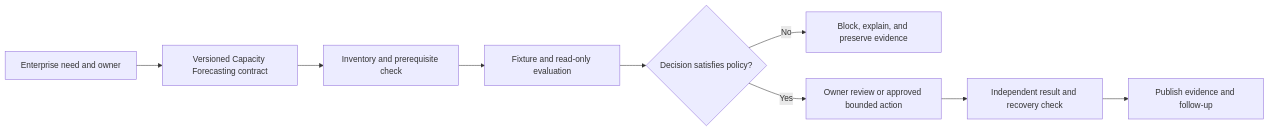
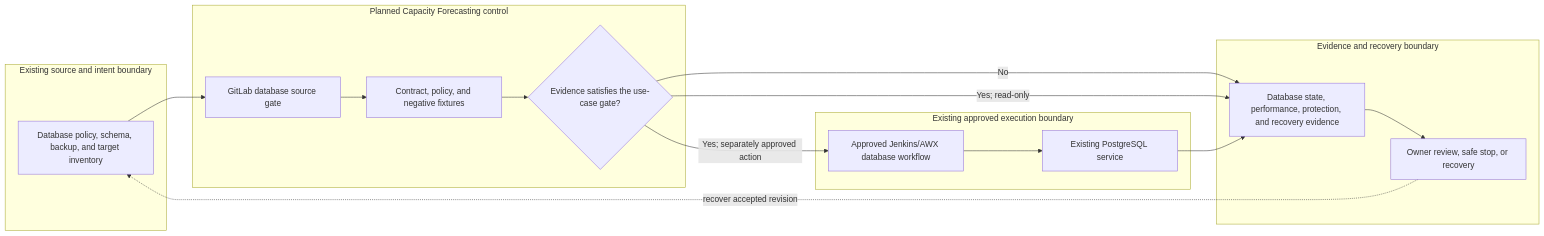
The diagram in docs/use-cases/database/UC-DB-014-capacity-forecasting.md (MIDHTECH/enterprise-architecture-docs), drawn with Mermaid before and after one commit. The commit also changed other lines of this file and 227 other files, not shown here.

Commit message:
Deepen architecture for all use case designs

````diff
--- a/docs/use-cases/database/UC-DB-014-capacity-forecasting.md
+++ b/docs/use-cases/database/UC-DB-014-capacity-forecasting.md
@@ -136,11 +129,25 @@
 ```mermaid
 flowchart LR
-    Need["Enterprise need and owner"] --> Contract["Versioned Capacity Forecasting contract"]
-    Contract --> Preflight["Inventory and prerequisite check"]
-    Preflight --> Evaluate["Fixture and read-only evaluation"]
-    Evaluate --> Decision{"Decision satisfies policy?"}
-    Decision -->|No| Stop["Block, explain, and preserve evidence"]
-    Decision -->|Yes| Review["Owner review or approved bounded action"]
-    Review --> Verify["Independent result and recovery check"]
-    Verify --> Publish["Publish evidence and follow-up"]
+    subgraph Source["Existing source and intent boundary"]
+        A["Database policy, schema, backup, and target inventory"]
+    end
+    subgraph Planned["Planned Capacity Forecasting control"]
+        B["GitLab database source gate"]
+        C["Contract, policy, and negative fixtures"]
+        D{"Evidence satisfies the use-case gate?"}
+    end
+    subgraph Runtime["Existing approved execution boundary"]
+        E["Approved Jenkins/AWX database workflow"]
+        F["Existing PostgreSQL service"]
+    end
+    subgraph Assurance["Evidence and recovery boundary"]
+        G["Database state, performance, protection, and recovery evidence"]
+        H["Owner review, safe stop, or recovery"]
+    end
+
+    A --> B --> C --> D
+    D -->|No| G --> H
+    D -->|Yes; read-only| G
+    D -->|Yes; separately approved action| E --> F --> G
+    H -. recover accepted revision .-> A
 ```
````
